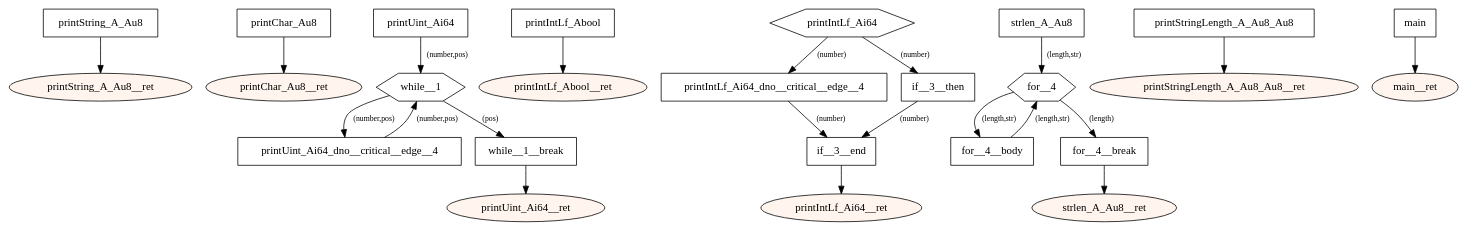
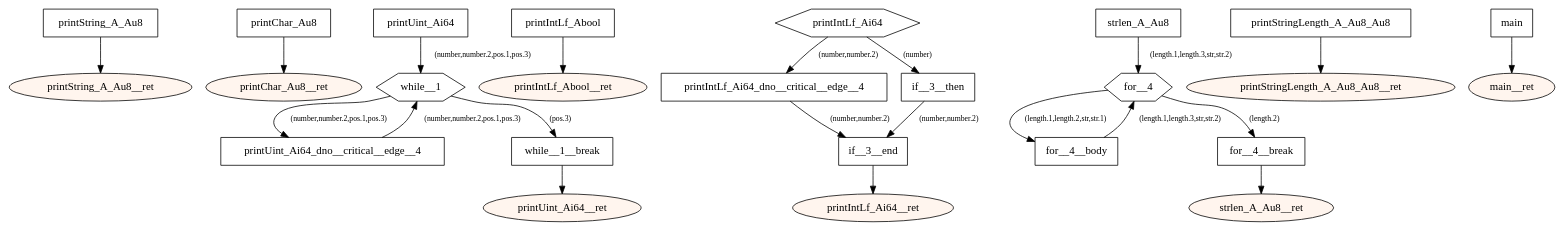
One commit to tmssngr/tinyC changed the diagram in src/main/resources-test/compiler/windows/comparison.dot. Above: the diagram before and after it, drawn with Graphviz. The commit also changed 90 other files, not shown here.

```diff
--- a/src/main/resources-test/compiler/windows/comparison.dot
+++ b/src/main/resources-test/compiler/windows/comparison.dot
@@ -1,64 +1,64 @@
 digraph program {
 	edge[fontsize="10pt"];
 	subgraph fn_printString_A_Au8 {
 		BasicBlock_0_printString_A_Au8 [label="printString_A_Au8",shape=box];
 		BasicBlock_0_printString_A_Au8 -> BasicBlock_0_printString_A_Au8__ret;
 		BasicBlock_0_printString_A_Au8__ret [label="printString_A_Au8__ret",shape=oval,style=filled,fillcolor="#fff5ee"];
 	}
 	subgraph fn_printChar_Au8 {
 		BasicBlock_1_printChar_Au8 [label="printChar_Au8",shape=box];
 		BasicBlock_1_printChar_Au8 -> BasicBlock_1_printChar_Au8__ret;
 		BasicBlock_1_printChar_Au8__ret [label="printChar_Au8__ret",shape=oval,style=filled,fillcolor="#fff5ee"];
 	}
 	subgraph fn_printUint_Ai64 {
 		BasicBlock_2_printUint_Ai64 [label="printUint_Ai64",shape=box];
-		BasicBlock_2_printUint_Ai64 -> BasicBlock_2_while__1 [label="(number,pos)"];
+		BasicBlock_2_printUint_Ai64 -> BasicBlock_2_while__1 [label="(number,number.2,pos.1,pos.3)"];
 		BasicBlock_2_printUint_Ai64_dno__critical__edge__4 [label="printUint_Ai64_dno__critical__edge__4",shape=box];
-		BasicBlock_2_printUint_Ai64_dno__critical__edge__4 -> BasicBlock_2_while__1 [label="(number,pos)"];
+		BasicBlock_2_printUint_Ai64_dno__critical__edge__4 -> BasicBlock_2_while__1 [label="(number,number.2,pos.1,pos.3)"];
 		BasicBlock_2_while__1 [label="while__1",shape=hexagon];
-		BasicBlock_2_while__1 -> BasicBlock_2_printUint_Ai64_dno__critical__edge__4 [label="(number,pos)"];
-		BasicBlock_2_while__1 -> BasicBlock_2_while__1__break [label="(pos)"];
+		BasicBlock_2_while__1 -> BasicBlock_2_printUint_Ai64_dno__critical__edge__4 [label="(number,number.2,pos.1,pos.3)"];
+		BasicBlock_2_while__1 -> BasicBlock_2_while__1__break [label="(pos.3)"];
 		BasicBlock_2_while__1__break [label="while__1__break",shape=box];
 		BasicBlock_2_while__1__break -> BasicBlock_2_printUint_Ai64__ret;
 		BasicBlock_2_printUint_Ai64__ret [label="printUint_Ai64__ret",shape=oval,style=filled,fillcolor="#fff5ee"];
 	}
 	subgraph fn_printIntLf_Abool {
 		BasicBlock_3_printIntLf_Abool [label="printIntLf_Abool",shape=box];
 		BasicBlock_3_printIntLf_Abool -> BasicBlock_3_printIntLf_Abool__ret;
 		BasicBlock_3_printIntLf_Abool__ret [label="printIntLf_Abool__ret",shape=oval,style=filled,fillcolor="#fff5ee"];
 	}
 	subgraph fn_printIntLf_Ai64 {
 		BasicBlock_4_printIntLf_Ai64 [label="printIntLf_Ai64",shape=hexagon];
-		BasicBlock_4_printIntLf_Ai64 -> BasicBlock_4_printIntLf_Ai64_dno__critical__edge__4 [label="(number)"];
+		BasicBlock_4_printIntLf_Ai64 -> BasicBlock_4_printIntLf_Ai64_dno__critical__edge__4 [label="(number,number.2)"];
 		BasicBlock_4_printIntLf_Ai64 -> BasicBlock_4_if__3__then [label="(number)"];
 		BasicBlock_4_printIntLf_Ai64_dno__critical__edge__4 [label="printIntLf_Ai64_dno__critical__edge__4",shape=box];
-		BasicBlock_4_printIntLf_Ai64_dno__critical__edge__4 -> BasicBlock_4_if__3__end [label="(number)"];
+		BasicBlock_4_printIntLf_Ai64_dno__critical__edge__4 -> BasicBlock_4_if__3__end [label="(number,number.2)"];
 		BasicBlock_4_if__3__then [label="if__3__then",shape=box];
-		BasicBlock_4_if__3__then -> BasicBlock_4_if__3__end [label="(number)"];
+		BasicBlock_4_if__3__then -> BasicBlock_4_if__3__end [label="(number,number.2)"];
 		BasicBlock_4_if__3__end [label="if__3__end",shape=box];
 		BasicBlock_4_if__3__end -> BasicBlock_4_printIntLf_Ai64__ret;
 		BasicBlock_4_printIntLf_Ai64__ret [label="printIntLf_Ai64__ret",shape=oval,style=filled,fillcolor="#fff5ee"];
 	}
 	subgraph fn_strlen_A_Au8 {
 		BasicBlock_5_strlen_A_Au8 [label="strlen_A_Au8",shape=box];
-		BasicBlock_5_strlen_A_Au8 -> BasicBlock_5_for__4 [label="(length,str)"];
+		BasicBlock_5_strlen_A_Au8 -> BasicBlock_5_for__4 [label="(length.1,length.3,str,str.2)"];
 		BasicBlock_5_for__4__body [label="for__4__body",shape=box];
-		BasicBlock_5_for__4__body -> BasicBlock_5_for__4 [label="(length,str)"];
+		BasicBlock_5_for__4__body -> BasicBlock_5_for__4 [label="(length.1,length.3,str,str.2)"];
 		BasicBlock_5_for__4 [label="for__4",shape=hexagon];
-		BasicBlock_5_for__4 -> BasicBlock_5_for__4__break [label="(length)"];
-		BasicBlock_5_for__4 -> BasicBlock_5_for__4__body [label="(length,str)"];
+		BasicBlock_5_for__4 -> BasicBlock_5_for__4__break [label="(length.2)"];
+		BasicBlock_5_for__4 -> BasicBlock_5_for__4__body [label="(length.1,length.2,str,str.1)"];
 		BasicBlock_5_for__4__break [label="for__4__break",shape=box];
 		BasicBlock_5_for__4__break -> BasicBlock_5_strlen_A_Au8__ret;
 		BasicBlock_5_strlen_A_Au8__ret [label="strlen_A_Au8__ret",shape=oval,style=filled,fillcolor="#fff5ee"];
 	}
 	subgraph fn_printStringLength_A_Au8_Au8 {
 		BasicBlock_6_printStringLength_A_Au8_Au8 [label="printStringLength_A_Au8_Au8",shape=box];
 		BasicBlock_6_printStringLength_A_Au8_Au8 -> BasicBlock_6_printStringLength_A_Au8_Au8__ret;
 		BasicBlock_6_printStringLength_A_Au8_Au8__ret [label="printStringLength_A_Au8_Au8__ret",shape=oval,style=filled,fillcolor="#fff5ee"];
 	}
 	subgraph fn_main {
 		BasicBlock_7_main [label="main",shape=box];
 		BasicBlock_7_main -> BasicBlock_7_main__ret;
 		BasicBlock_7_main__ret [label="main__ret",shape=oval,style=filled,fillcolor="#fff5ee"];
 	}
 }
```
